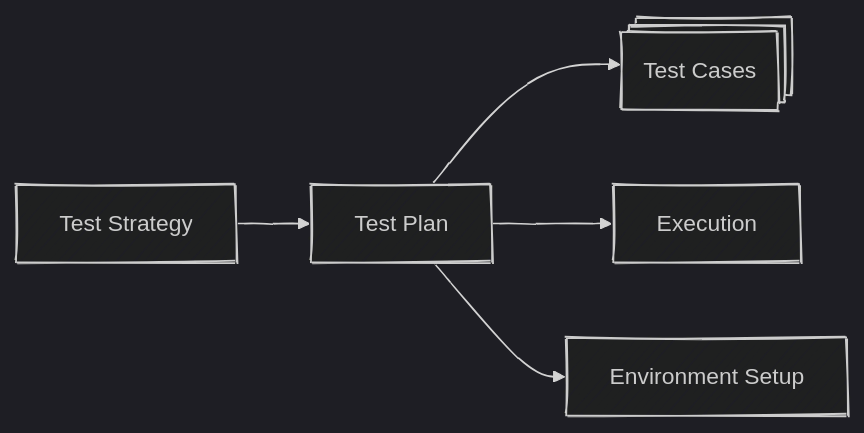
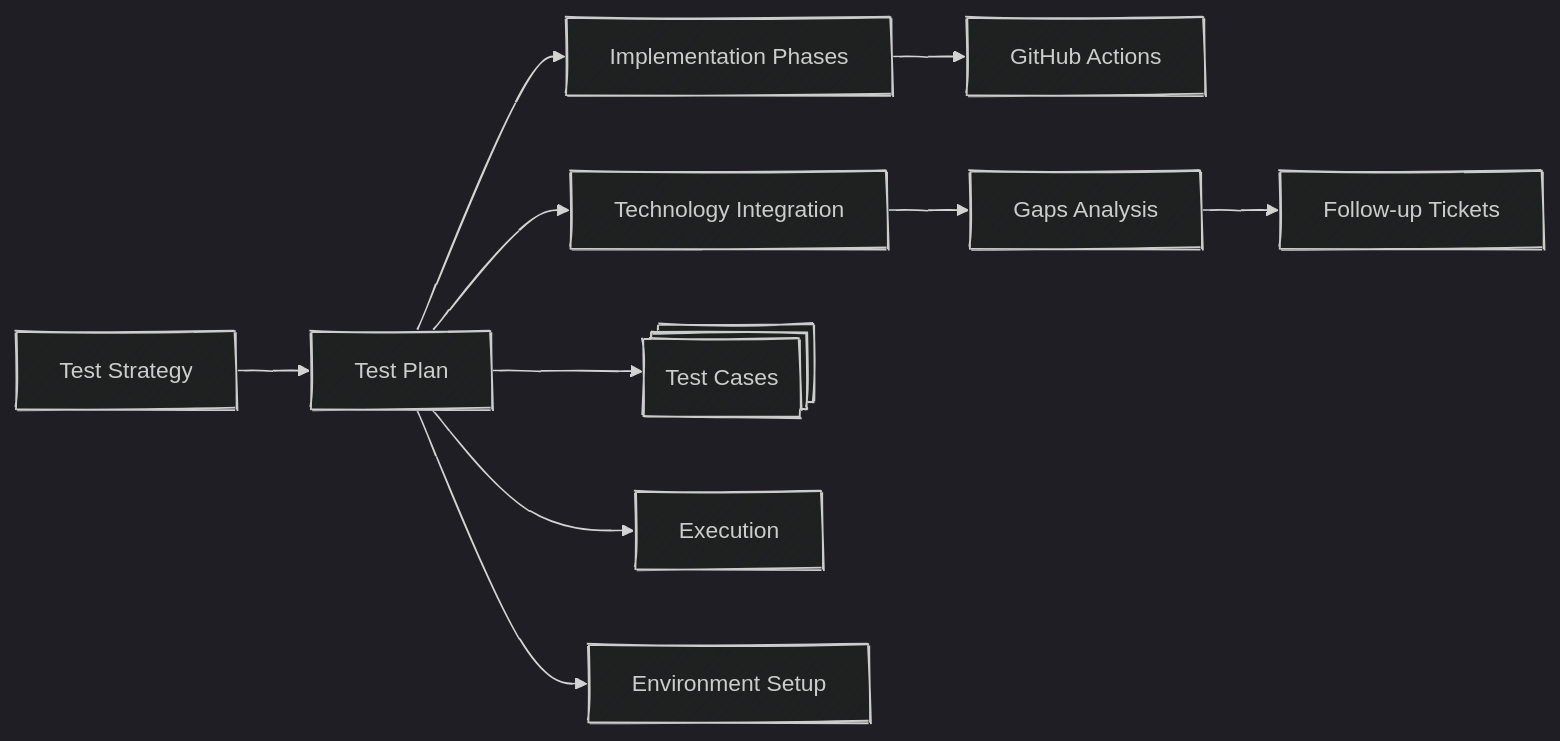
The diagram in docs/testing/README.md (Ed-Fi-Alliance-OSS/Ed-Fi-AdminApp), drawn with Mermaid (dark theme) before and after one commit. The commit also changed other lines of this file and 7 other files, not shown here.

````diff
--- a/docs/testing/README.md
+++ b/docs/testing/README.md
@@ -3,12 +3,17 @@
 ```mermaid
 ---
 config:
   look: handDrawn
 ---
 flowchart LR
     strat[Test Strategy]
     strat --> plan[Test Plan]
+    plan --> impl[Implementation Phases]
+    plan --> tech[Technology Integration]
     plan --> cases@{ shape: processes, label: "Test Cases"}
     plan --> exec[Execution]
     plan --> env[Environment Setup]
+    impl --> workflows[GitHub Actions]
+    tech --> gaps[Gaps Analysis]
+    gaps --> tickets[Follow-up Tickets]
 ```
````
